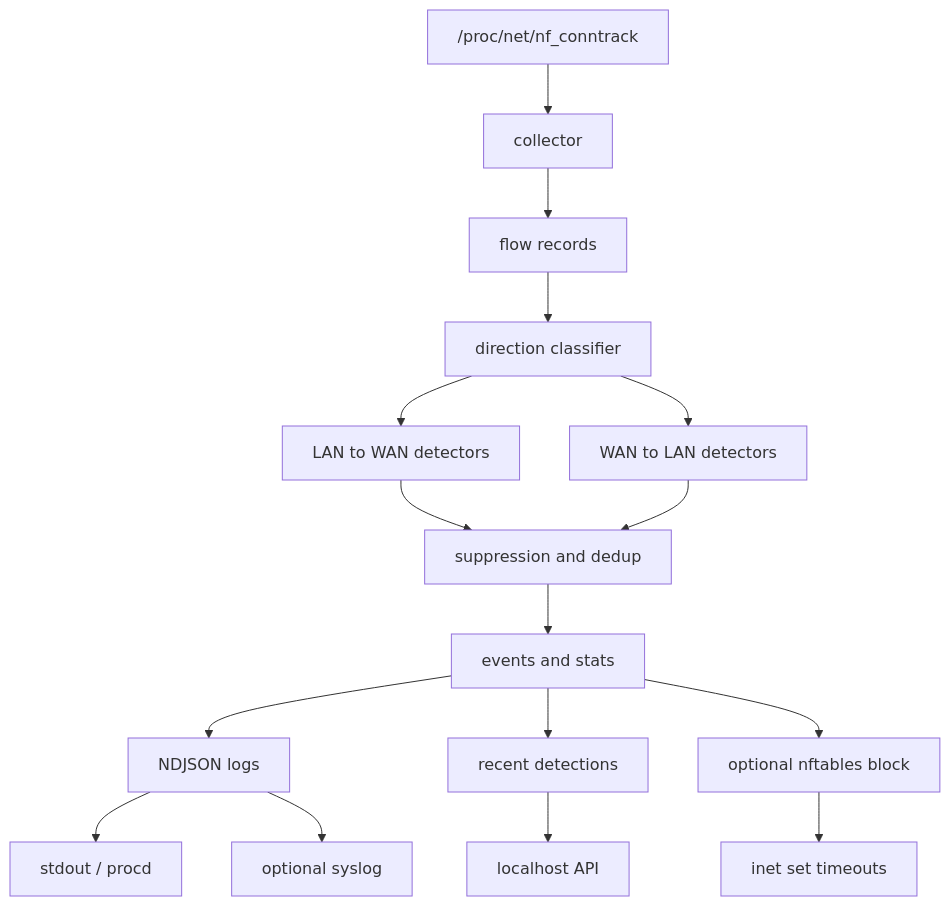
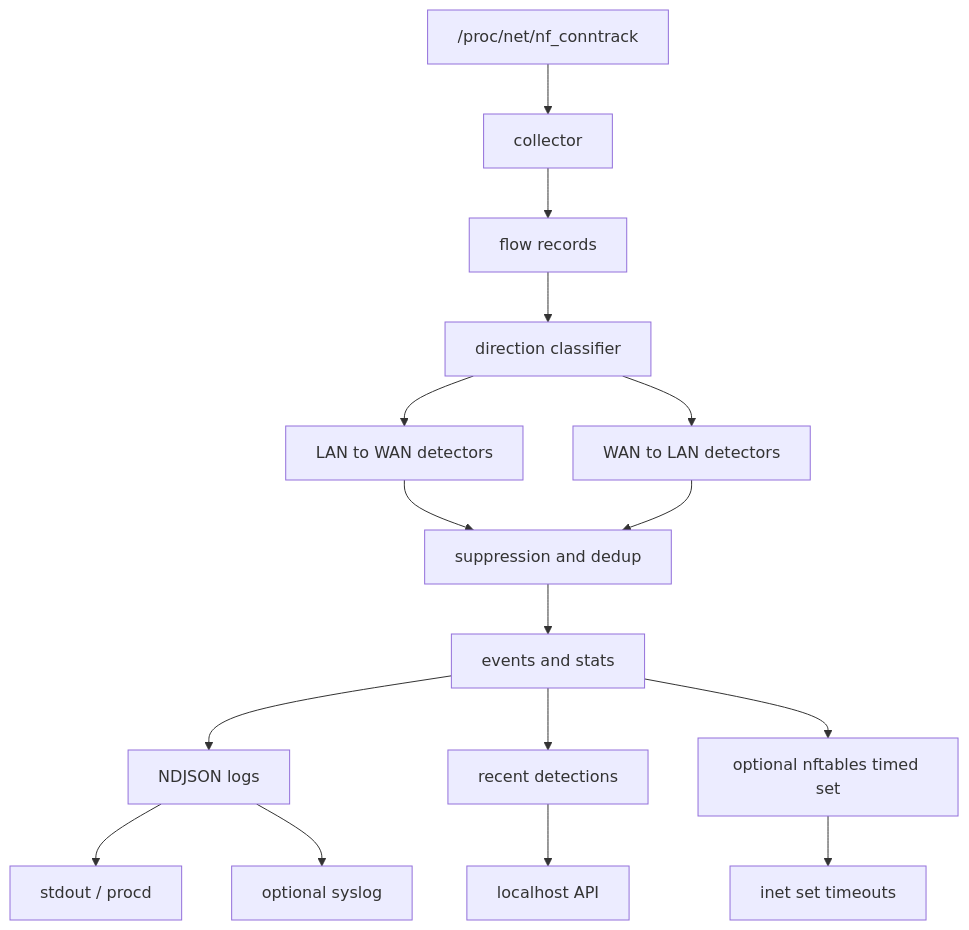
Before and after one commit to ecan0/serpent-wrt: the diagram in README.md, drawn with Mermaid. The commit also changed other lines of this file and 26 other files, not shown here.

````diff
--- a/README.md
+++ b/README.md
@@ -69,18 +69,18 @@
 ```mermaid
 flowchart TD
     A["/proc/net/nf_conntrack"] --> B["collector"]
     B --> C["flow records"]
     C --> D["direction classifier"]
     D --> E["LAN to WAN detectors"]
     D --> F["WAN to LAN detectors"]
     E --> G["suppression and dedup"]
     F --> G
     G --> H["events and stats"]
     H --> I["NDJSON logs"]
     H --> J["recent detections"]
-    H --> K["optional nftables block"]
+    H --> K["optional nftables timed set"]
     I --> L["stdout / procd"]
     I --> M["optional syslog"]
     J --> N["localhost API"]
     K --> O["inet set timeouts"]
 ```
````
